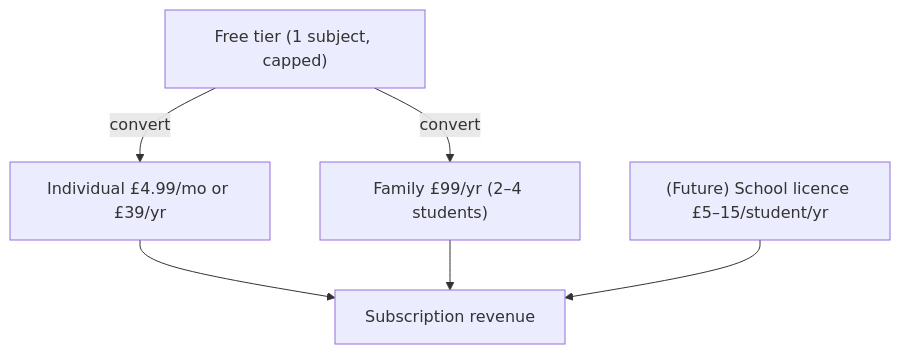
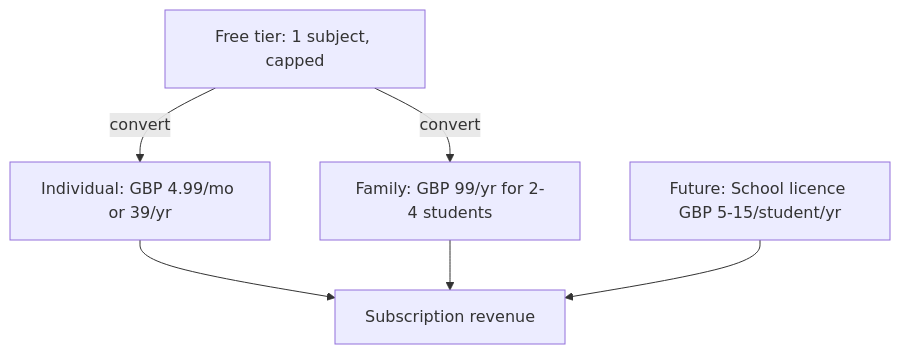
Diagram 11 of 14 in market-research-hs.md (adam-sabri09/Pace), drawn with Mermaid before and after one commit. The commit also changed other lines of this file, not shown here.

First line of the commit message:
docs(research): harden Part II mermaid for cross-renderer compatibility

````diff
--- a/market-research-hs.md
+++ b/market-research-hs.md
@@ -738,8 +744,8 @@
 ```mermaid
 flowchart TD
-    Free["Free tier (1 subject, capped)"] -->|convert| Ind["Individual £4.99/mo or £39/yr"]
-    Free -->|convert| Fam["Family £99/yr (2–4 students)"]
+    Free["Free tier: 1 subject, capped"] -->|convert| Ind["Individual: GBP 4.99/mo or 39/yr"]
+    Free -->|convert| Fam["Family: GBP 99/yr for 2-4 students"]
     Ind --> Rev["Subscription revenue"]
     Fam --> Rev
-    School["(Future) School licence £5–15/student/yr"] --> Rev
+    School["Future: School licence GBP 5-15/student/yr"] --> Rev
 ```
````
